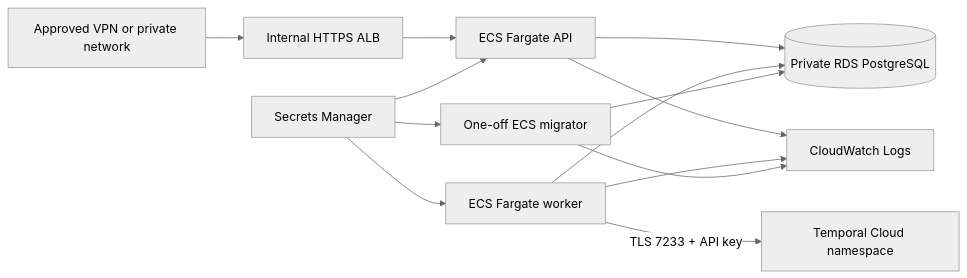
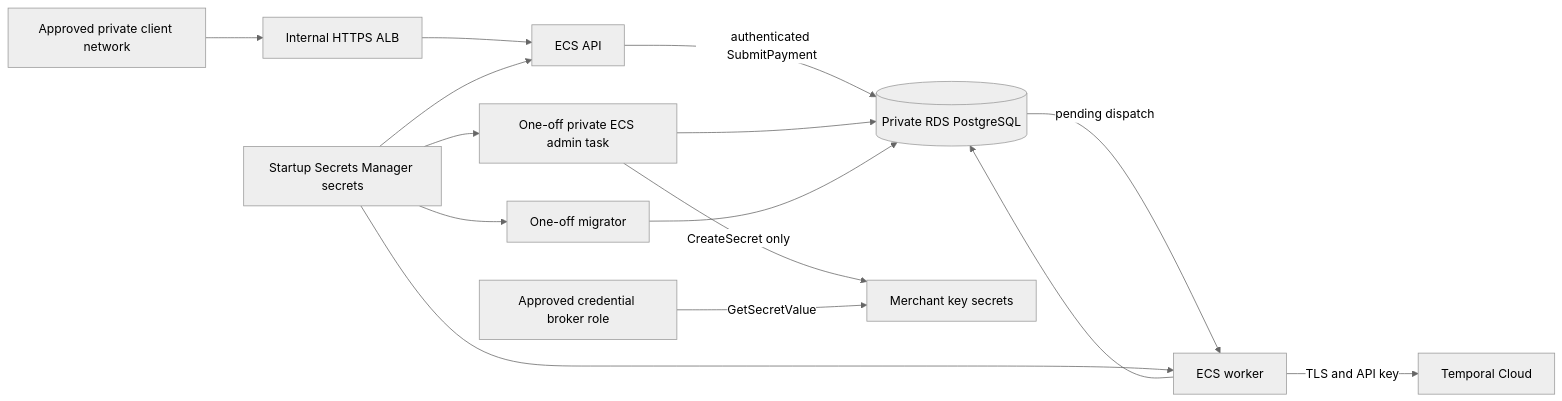
Before and after one commit to OloaneShark/PAYFLOW: the diagram in docs/aws-architecture.md, drawn with Mermaid (neutral theme). The commit also changed other lines of this file and 33 other files, not shown here.

Commit message:
feat: add secure payment submission and private AWS administration

````diff
--- a/docs/aws-architecture.md
+++ b/docs/aws-architecture.md
@@ -5,15 +5,17 @@
 ```mermaid
 flowchart LR
-  VPN[Approved VPN or private network] --> ALB[Internal HTTPS ALB]
-  ALB --> API[ECS Fargate API]
-  API --> RDS[(Private RDS PostgreSQL)]
-  WORKER[ECS Fargate worker] --> RDS
-  WORKER -->|TLS 7233 + API key| TEMPORAL[Temporal Cloud namespace]
-  MIGRATE[One-off ECS migrator] --> RDS
-  SECRETS[Secrets Manager] --> API
-  SECRETS --> WORKER
-  SECRETS --> MIGRATE
-  API --> LOGS[CloudWatch Logs]
-  WORKER --> LOGS
-  MIGRATE --> LOGS
+  CLIENT[Approved private client network] --> ALB[Internal HTTPS ALB]
+  ALB --> API[ECS API]
+  API -->|authenticated SubmitPayment| DB[(Private RDS PostgreSQL)]
+  DB -->|pending dispatch| WORKER[ECS worker]
+  WORKER -->|TLS and API key| TEMPORAL[Temporal Cloud]
+  WORKER --> DB
+  ADMIN[One-off private ECS admin task] --> DB
+  ADMIN -->|CreateSecret only| KEYS[Merchant key secrets]
+  BROKER[Approved credential broker role] -->|GetSecretValue| KEYS
+  MIGRATE[One-off migrator] --> DB
+  STARTUP[Startup Secrets Manager secrets] --> API
+  STARTUP --> WORKER
+  STARTUP --> ADMIN
+  STARTUP --> MIGRATE
 ```
````
